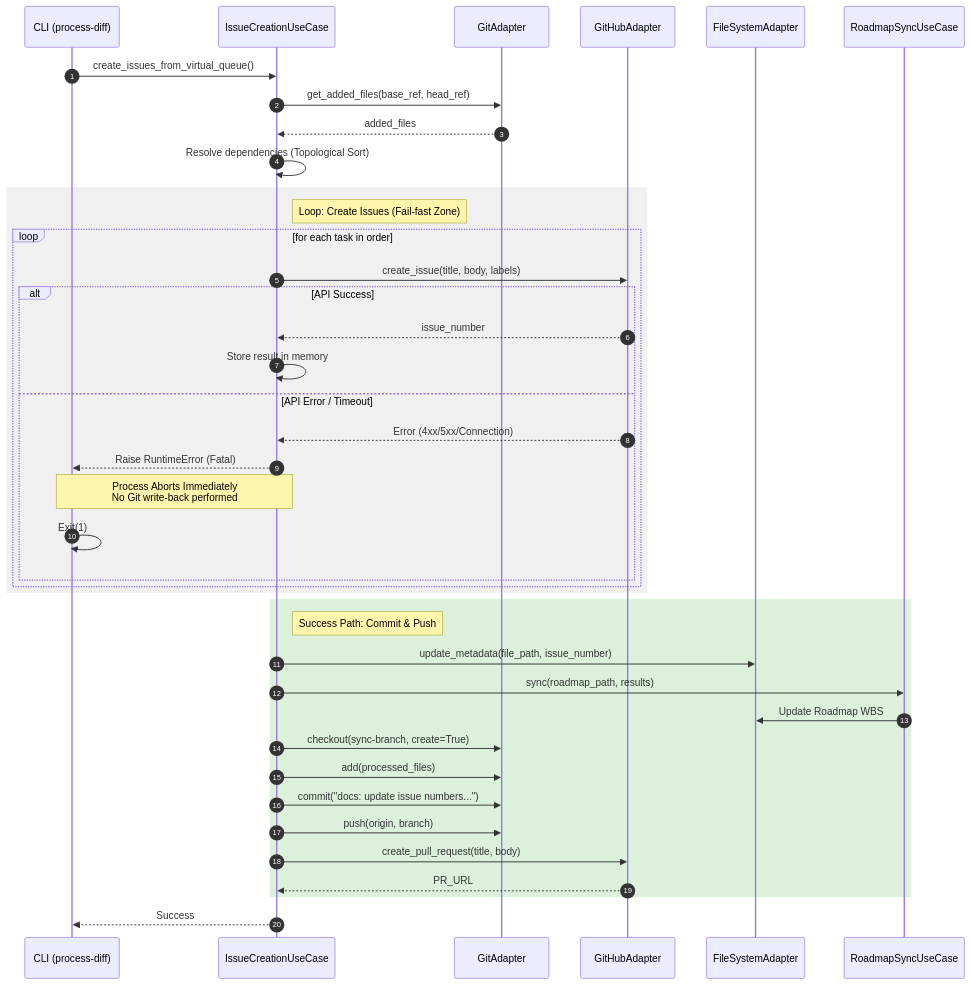
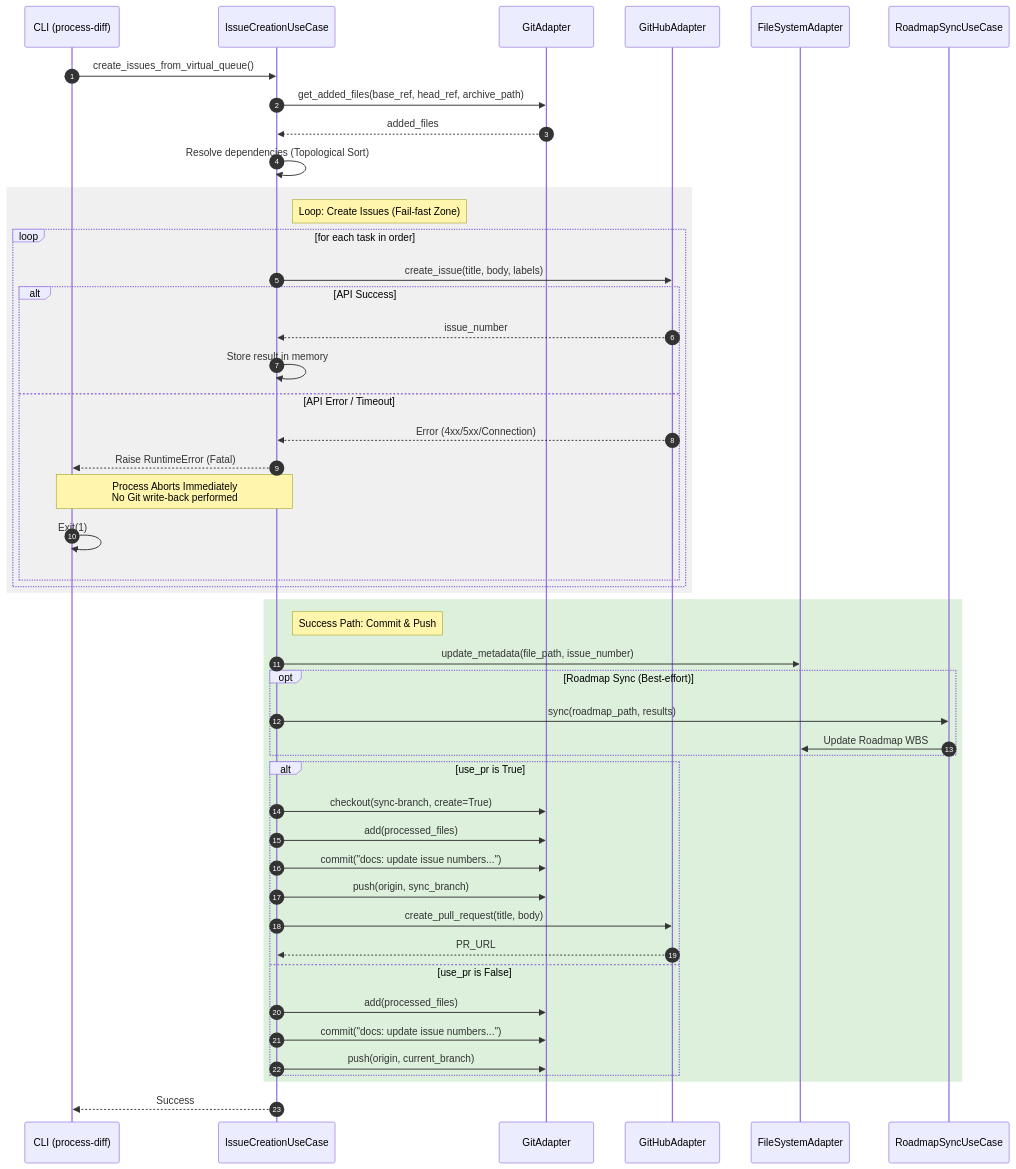
The diagram in docs/architecture/arch-behavior-003-creation.md (masa-codehub/issue_creator_kit), drawn with Mermaid before and after one commit. The commit also changed other lines of this file, not shown here.

Commit message:
docs(arch): レビュー指摘に基づきシーケンス図と信頼性設計の記述を修正

````diff
--- a/docs/architecture/arch-behavior-003-creation.md
+++ b/docs/architecture/arch-behavior-003-creation.md
@@ -22,48 +22,57 @@
 ```mermaid
 sequenceDiagram
     autonumber
     participant CLI as CLI (process-diff)
     participant UC as IssueCreationUseCase
     participant GIT as GitAdapter
     participant GH as GitHubAdapter
     participant FS as FileSystemAdapter
     participant RS as RoadmapSyncUseCase
 
     CLI->>UC: create_issues_from_virtual_queue()
-    UC->>GIT: get_added_files(base_ref, head_ref)
+    UC->>GIT: get_added_files(base_ref, head_ref, archive_path)
     GIT-->>UC: added_files
     
     UC->>UC: Resolve dependencies (Topological Sort)
 
     rect rgb(240, 240, 240)
         note right of UC: Loop: Create Issues (Fail-fast Zone)
         loop for each task in order
             UC->>GH: create_issue(title, body, labels)
             alt API Success
                 GH-->>UC: issue_number
                 UC->>UC: Store result in memory
             else API Error / Timeout
                 GH-->>UC: Error (4xx/5xx/Connection)
                 UC-->>CLI: Raise RuntimeError (Fatal)
                 note over CLI,UC: Process Aborts Immediately<br/>No Git write-back performed
                 CLI->>CLI: Exit(1)
             end
         end
     end
 
     rect rgb(220, 240, 220)
         note right of UC: Success Path: Commit & Push
         UC->>FS: update_metadata(file_path, issue_number)
-        UC->>RS: sync(roadmap_path, results)
-        RS->>FS: Update Roadmap WBS
         
-        UC->>GIT: checkout(sync-branch, create=True)
-        UC->>GIT: add(processed_files)
-        UC->>GIT: commit("docs: update issue numbers...")
-        UC->>GIT: push(origin, branch)
-        UC->>GH: create_pull_request(title, body)
-        GH-->>UC: PR_URL
+        opt Roadmap Sync (Best-effort)
+            UC->>RS: sync(roadmap_path, results)
+            RS->>FS: Update Roadmap WBS
+        end
+        
+        alt use_pr is True
+            UC->>GIT: checkout(sync-branch, create=True)
+            UC->>GIT: add(processed_files)
+            UC->>GIT: commit("docs: update issue numbers...")
+            UC->>GIT: push(origin, sync_branch)
+            UC->>GH: create_pull_request(title, body)
+            GH-->>UC: PR_URL
+        else use_pr is False
+            UC->>GIT: add(processed_files)
+            UC->>GIT: commit("docs: update issue numbers...")
+            UC->>GIT: push(origin, current_branch)
+        end
     end
     
     UC-->>CLI: Success
 ```
````
